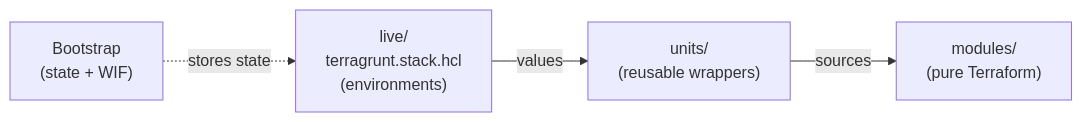
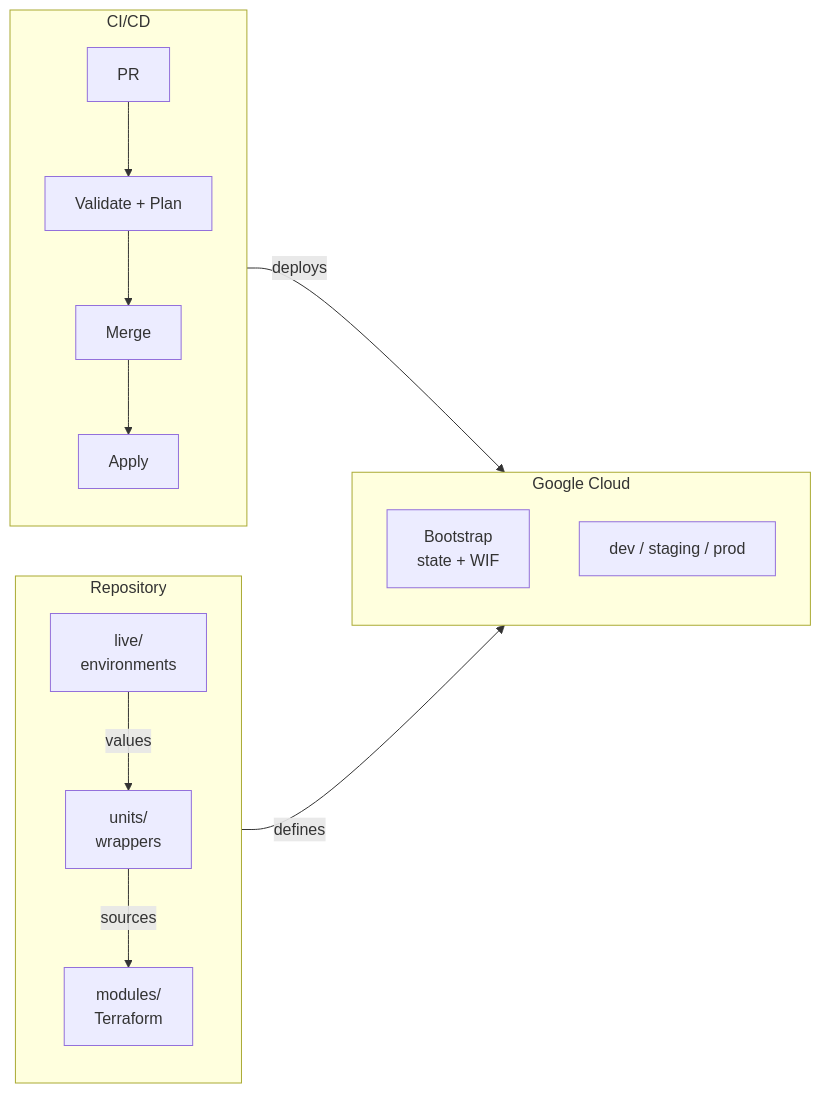
One commit to Chopsticks13/gcp-foundation-modules changed the diagram in README.md. Above: the diagram before and after it, drawn with Mermaid. The commit also changed other lines of this file and 1 other file, not shown here.

First line of the commit message:
chore: polish README with clearer diagrams, enforce conventional commits (#15)

````diff
--- a/README.md
+++ b/README.md
@@ -15,11 +15,20 @@
 ```mermaid
 flowchart LR
-  live["live/<br/>terragrunt.stack.hcl<br/>(environments)"]
-  units["units/<br/>(reusable wrappers)"]
-  modules["modules/<br/>(pure Terraform)"]
-  bootstrap["Bootstrap<br/>(state + WIF)"]
+  subgraph ci["CI/CD"]
+    pr["PR"] --> validate["Validate + Plan"]
+    validate --> merge["Merge"] --> apply["Apply"]
+  end
 
-  live -->|values| units
-  units -->|sources| modules
-  bootstrap -.->|stores state| live
+  subgraph repo["Repository"]
+    live["live/<br/>environments"] -->|values| units["units/<br/>wrappers"]
+    units -->|sources| modules["modules/<br/>Terraform"]
+  end
+
+  subgraph gcp["Google Cloud"]
+    bootstrap["Bootstrap<br/>state + WIF"]
+    envs["dev / staging / prod"]
+  end
+
+  ci -->|"deploys"| gcp
+  repo -->|"defines"| gcp
 ```
````
